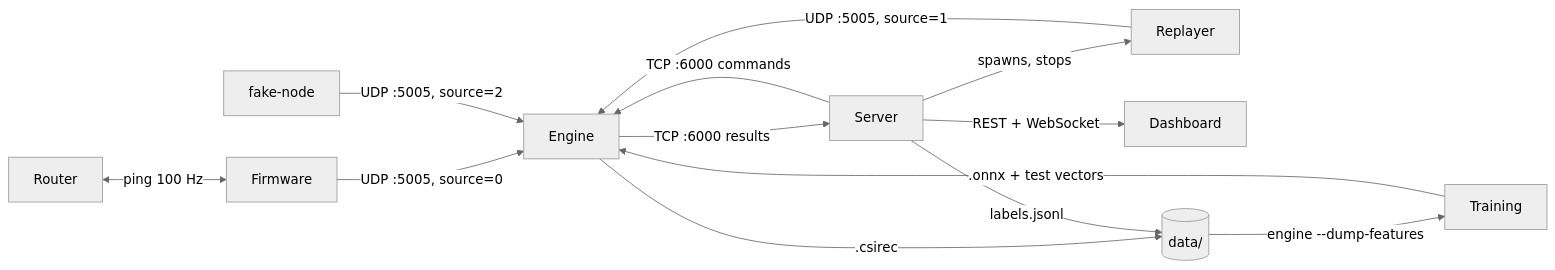
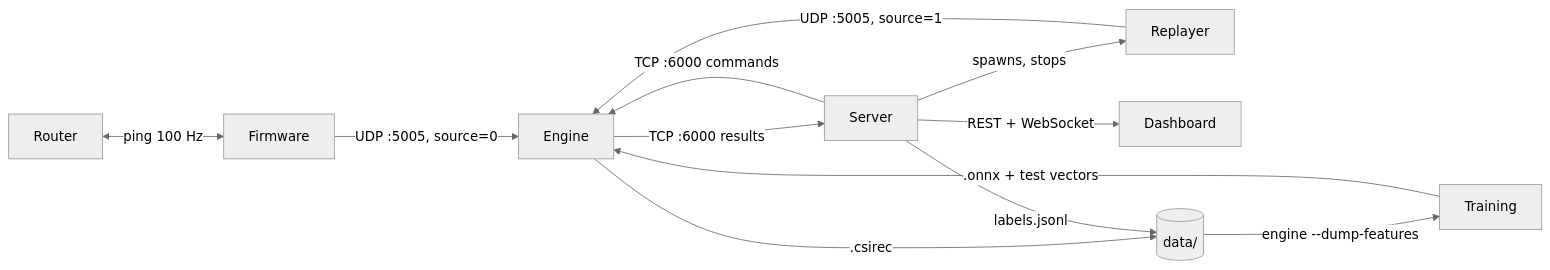
Before and after one commit to tuncheva/Life-Fi: the diagram in docs/implementation-plan.md, drawn with Mermaid (neutral theme). The commit also changed other lines of this file and 1 other file, not shown here.

````diff
--- a/docs/implementation-plan.md
+++ b/docs/implementation-plan.md
@@ -47,15 +46,14 @@
 ```mermaid
 flowchart LR
   R[Router] <-->|ping 100 Hz| F[Firmware]
   F -->|"UDP :5005, source=0"| E[Engine]
   P[Replayer] -->|"UDP :5005, source=1"| E
-  FN[fake-node] -->|"UDP :5005, source=2"| E
   E -->|"TCP :6000 results"| S[Server]
   S -->|"TCP :6000 commands"| E
   S -->|spawns, stops| P
   S -->|"REST + WebSocket"| U[Dashboard]
   E -->|.csirec| D[(data/)]
   S -->|labels.jsonl| D
   D -->|"engine --dump-features"| M[Training]
   M -->|".onnx + test vectors"| E
 ```
````
